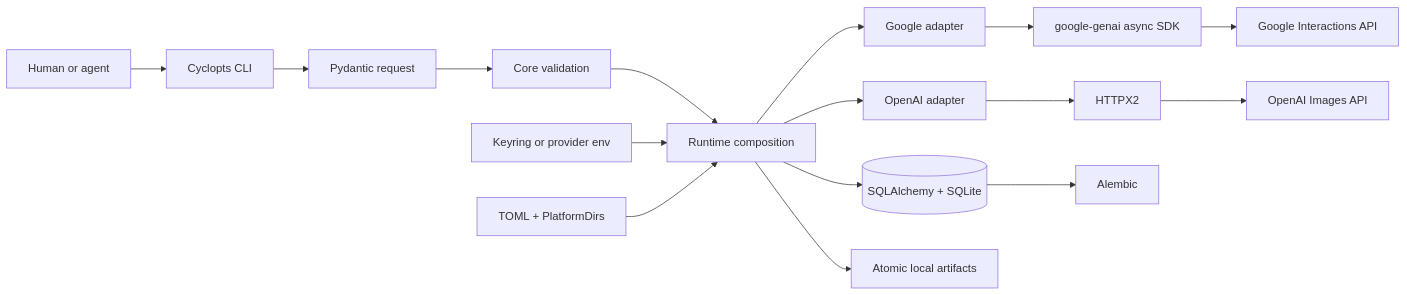
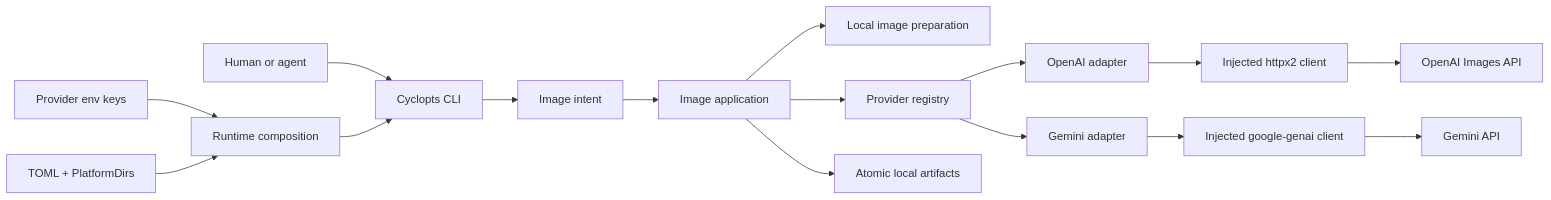
One commit to difegam/pixgen changed the diagram in .knowledge/ARCHITECTURE.md. Above: the diagram before and after it, drawn with Mermaid. The commit also changed other lines of this file and 9 other files, not shown here.

````diff
--- a/.knowledge/ARCHITECTURE.md
+++ b/.knowledge/ARCHITECTURE.md
@@ -20,18 +16,18 @@
 ```mermaid
 flowchart LR
   A[Human or agent] --> B[Cyclopts CLI]
-  B --> C[Pydantic request]
-  C --> D[Core validation]
-  D --> E[Runtime composition]
-  E --> F[Google adapter]
-  E --> G[OpenAI adapter]
-  F --> H[google-genai async SDK]
-  G --> I[HTTPX2]
-  H --> J[Google Interactions API]
-  I --> K[OpenAI Images API]
-  E --> L[(SQLAlchemy + SQLite)]
-  L --> M[Alembic]
-  E --> N[Atomic local artifacts]
-  O[Keyring or provider env] --> E
-  P[TOML + PlatformDirs] --> E
+  B --> C[Image intent]
+  C --> D[Image application]
+  D --> E[Local image preparation]
+  D --> F[Provider registry]
+  F --> G[OpenAI adapter]
+  F --> H[Gemini adapter]
+  G --> I[Injected httpx2 client]
+  I --> J[OpenAI Images API]
+  H --> K[Injected google-genai client]
+  K --> L[Gemini API]
+  D --> M[Atomic local artifacts]
+  N[Provider env keys] --> O[Runtime composition]
+  P[TOML + PlatformDirs] --> O
+  O --> B
 ```
````
